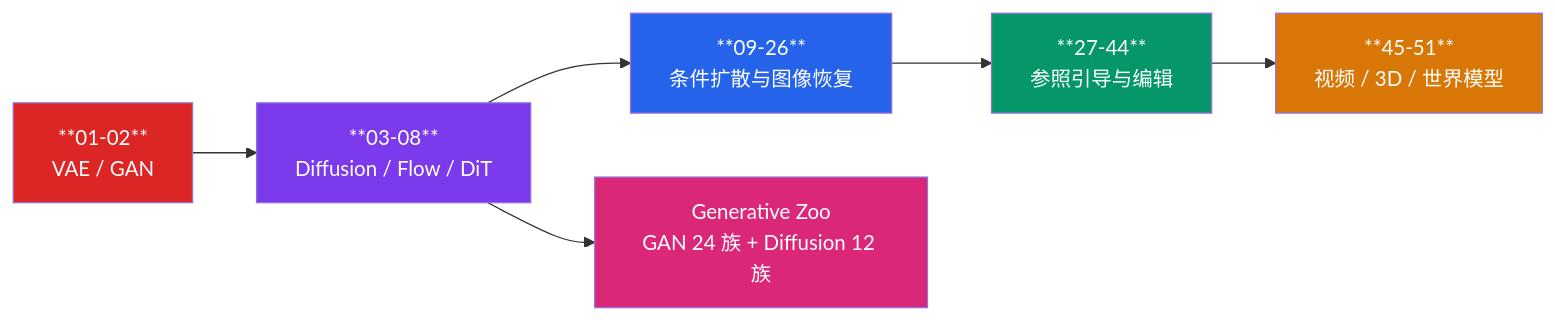
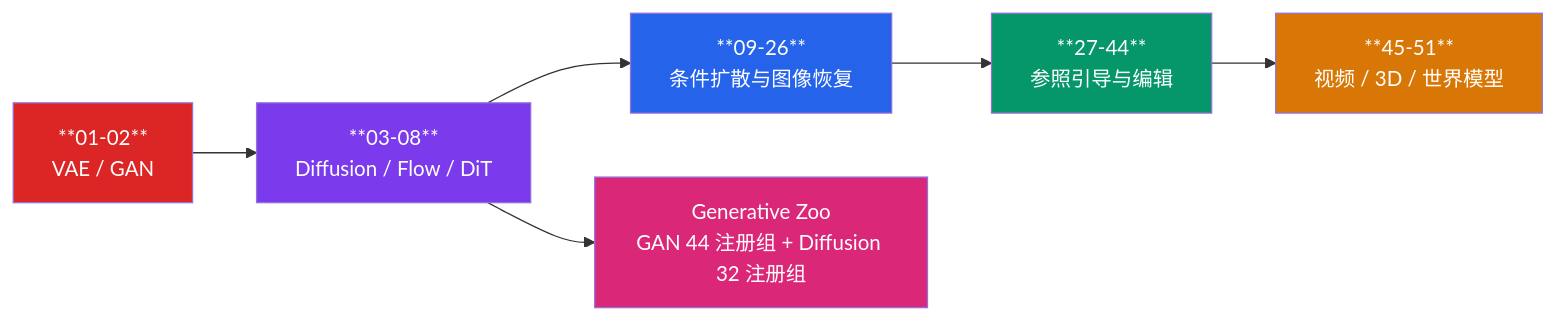
Before and after one commit to skygazer42/DL-Hub: the first of 2 diagrams in docs/tracks/generative.md, drawn with Mermaid. The commit also changed other lines of this file and 353 other files, not shown here.

````diff
--- a/docs/tracks/generative.md
+++ b/docs/tracks/generative.md
@@ -17,15 +17,15 @@
 ```mermaid
 flowchart LR
     L01["**01-02**\nVAE / GAN"] --> L03["**03-08**\nDiffusion / Flow / DiT"]
     L03 --> L10["**09-26**\n条件扩散与图像恢复"]
     L10 --> L27["**27-44**\n参照引导与编辑"]
     L27 --> L45["**45-51**\n视频 / 3D / 世界模型"]
-    L03 --> ZOO["Generative Zoo\nGAN 24 族 + Diffusion 12 族"]
+    L03 --> ZOO["Generative Zoo\nGAN 44 注册组 + Diffusion 32 注册组"]
 
     style L01 fill:#dc2626,color:#fff
     style L03 fill:#7c3aed,color:#fff
     style L10 fill:#2563eb,color:#fff
     style L27 fill:#059669,color:#fff
     style L45 fill:#d97706,color:#fff
     style ZOO fill:#db2777,color:#fff
 ```
````
